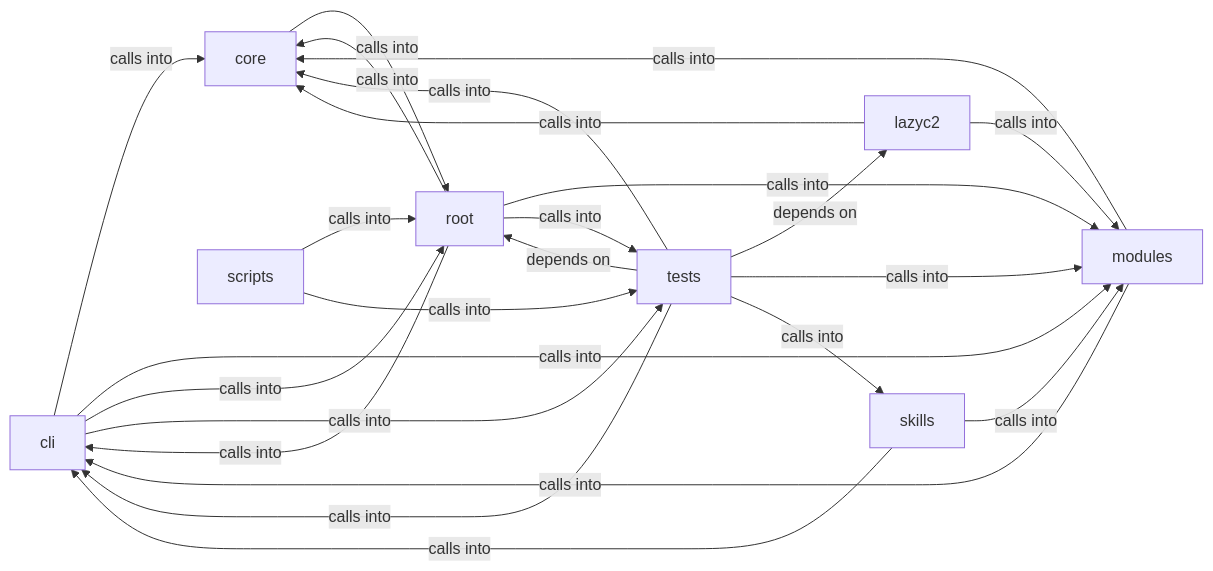
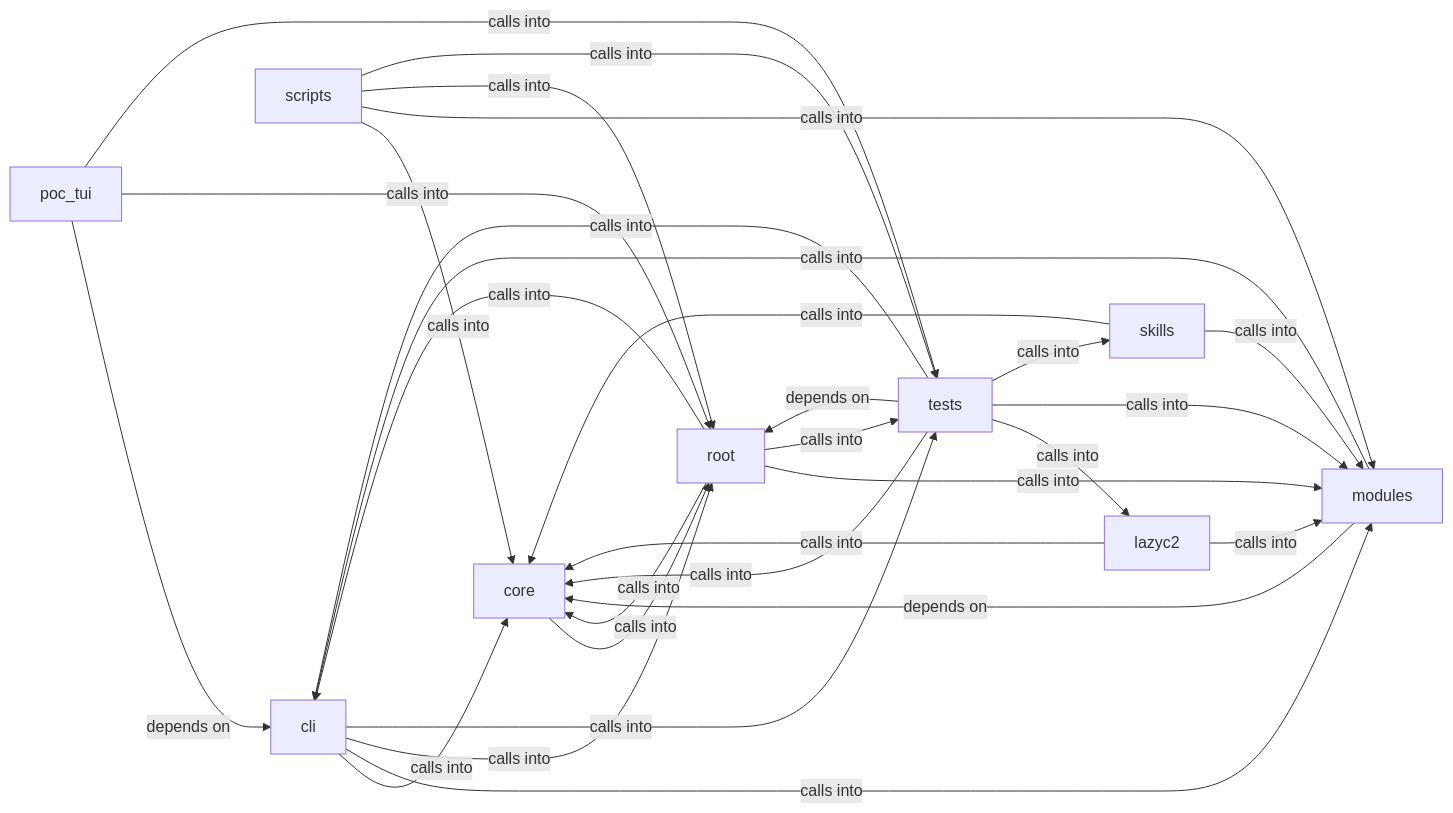
The diagram in readmenator-diagrams/modules_lazyown.md (grisuno/LazyOwn), drawn with Mermaid before and after one commit. The commit also changed other lines of this file and 508 other files, not shown here.

````diff
--- a/readmenator-diagrams/modules_lazyown.md
+++ b/readmenator-diagrams/modules_lazyown.md
@@ -5,34 +5,40 @@
 ```mermaid
 graph LR
     cli["cli"]
     core["core"]
     lazyc2["lazyc2"]
     modules["modules"]
+    poc_tui["poc_tui"]
     root["root"]
     scripts["scripts"]
     skills["skills"]
     tests["tests"]
     cli -- "calls into" --> core
     cli -- "calls into" --> modules
     cli -- "calls into" --> root
     cli -- "calls into" --> tests
     core -- "calls into" --> root
     lazyc2 -- "calls into" --> core
     lazyc2 -- "calls into" --> modules
     modules -- "calls into" --> cli
-    modules -- "calls into" --> core
+    modules -- "depends on" --> core
+    poc_tui -- "depends on" --> cli
+    poc_tui -- "calls into" --> root
+    poc_tui -- "calls into" --> tests
     root -- "calls into" --> cli
     root -- "calls into" --> core
     root -- "calls into" --> modules
     root -- "calls into" --> tests
+    scripts -- "calls into" --> core
+    scripts -- "calls into" --> modules
     scripts -- "calls into" --> root
     scripts -- "calls into" --> tests
-    skills -- "calls into" --> cli
+    skills -- "calls into" --> core
     skills -- "calls into" --> modules
     tests -- "calls into" --> cli
     tests -- "calls into" --> core
-    tests -- "depends on" --> lazyc2
+    tests -- "calls into" --> lazyc2
     tests -- "calls into" --> modules
     tests -- "depends on" --> root
     tests -- "calls into" --> skills
 ```
````
